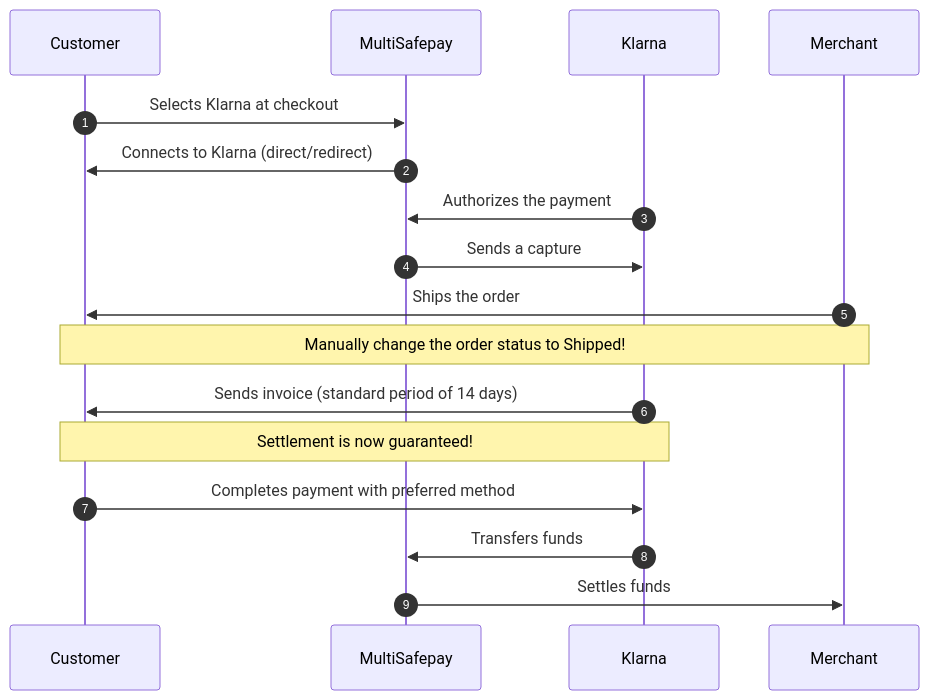
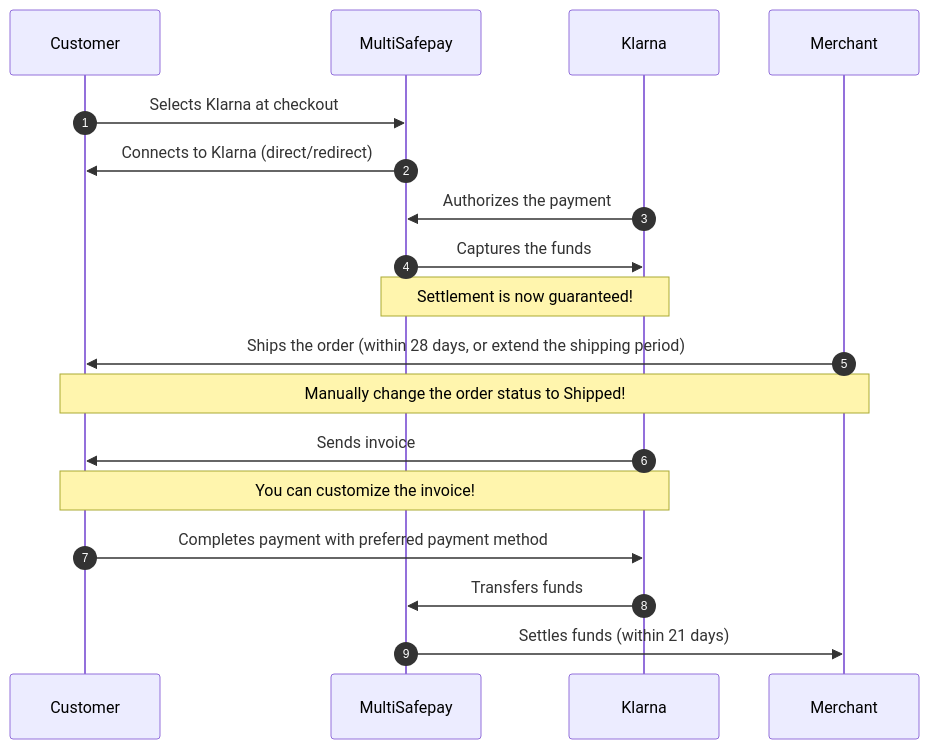
The diagram in content/payments/methods/pay-later/klarna/payment-flow.md (MultiSafepay/docs), drawn with Mermaid before and after one commit. The commit also changed other lines of this file and 5 other files, not shown here.

```diff
--- a/content/payments/methods/pay-later/klarna/payment-flow.md
+++ b/content/payments/methods/pay-later/klarna/payment-flow.md
@@ -16,22 +16,23 @@
 {{< mermaid class="text-center" >}}
 
 sequenceDiagram
     autonumber
     participant C as Customer
     participant Mu as MultiSafepay
     participant K as Klarna
     participant Me as Merchant
 
     C->>Mu: Selects Klarna at checkout
     Mu->>C: Connects to Klarna (direct/redirect)
     K->>Mu: Authorizes the payment
-    Mu->>K: Sends a capture
-    Me->>C: Ships the order
+    Mu->>K: Captures the funds
+    Note over Mu,K: Settlement is now guaranteed!
+    Me->>C: Ships the order (within 28 days, or extend the shipping period)
     Note over Me,C: Manually change the order status to Shipped! 
-    K->>C: Sends invoice (standard period of 14 days) 
-    Note over K,C: Settlement is now guaranteed!
-    C->>K: Completes payment with preferred method
+    K->>C: Sends invoice 
+    Note over K,C: You can customize the invoice! 
+    C->>K: Completes payment with preferred payment method
     K->>Mu: Transfers funds 
-    Mu->>Me: Settles funds
+    Mu->>Me: Settles funds (within 21 days)
 
 {{< /mermaid >}}
```
